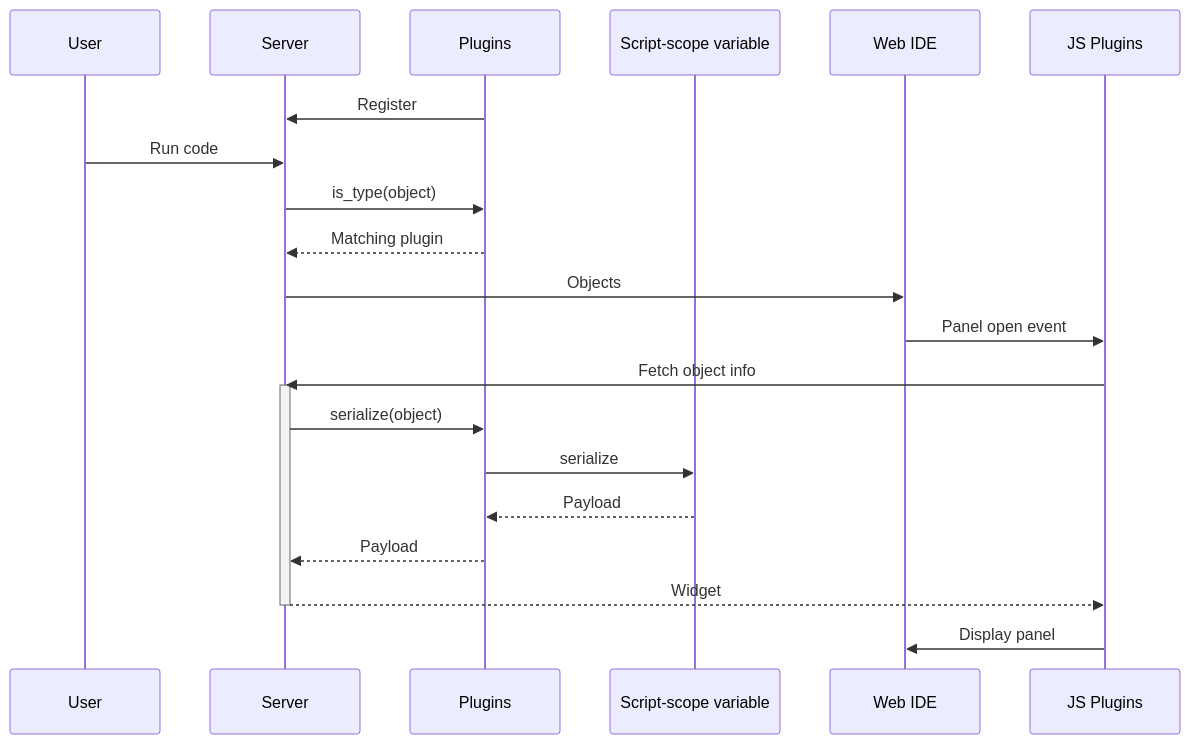
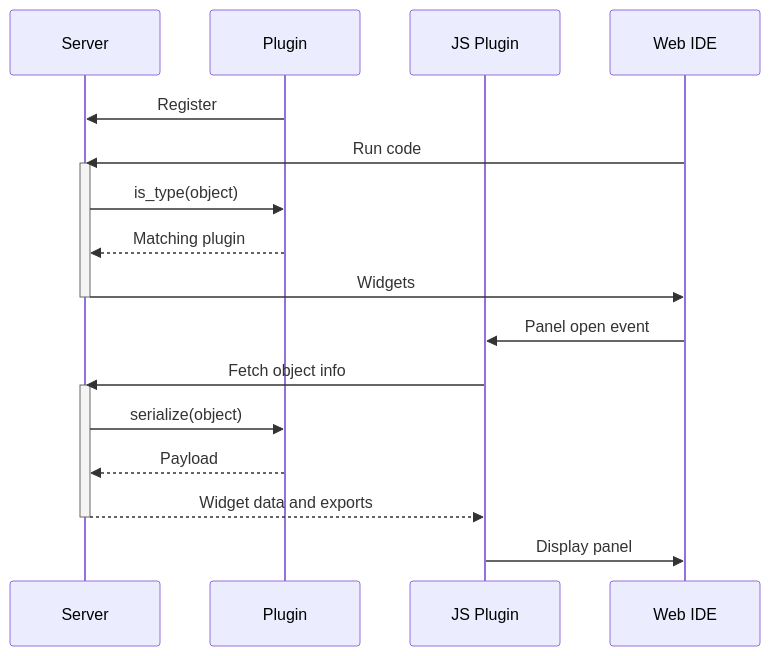
One commit to deephaven/deephaven-js-plugins changed the first of 3 diagrams in ARCHITECTURE.md. Above: the diagram before and after it, drawn with Mermaid. The commit also changed other lines of this file, not shown here.

Commit message:
Update to match final bidi architecture

````diff
--- a/ARCHITECTURE.md
+++ b/ARCHITECTURE.md
@@ -3,24 +20,22 @@
 ```mermaid
 sequenceDiagram
-  participant U as User
   participant S as Server
-  participant P as Plugins
-  participant O as Script-scope variable
+  participant P as Plugin
+  participant J as JS Plugin
   participant W as Web IDE
-  participant J as JS Plugins
   P ->> S: Register
-  U ->> S: Run code
+  W ->> S: Run code
+  activate S
   S ->> P: is_type(object)
   P -->> S: Matching plugin
-  S ->> W: Objects
+  S ->> W: Widgets
+  deactivate S
   W ->> J: Panel open event
   J ->> S: Fetch object info
   activate S
   S ->> P: serialize(object)
-  P ->> O: serialize
-  O -->> P: Payload
   P -->> S: Payload
-  S -->> J: Widget
+  S -->> J: Widget data and exports
   deactivate S
   J ->> W: Display panel
 ```
````
